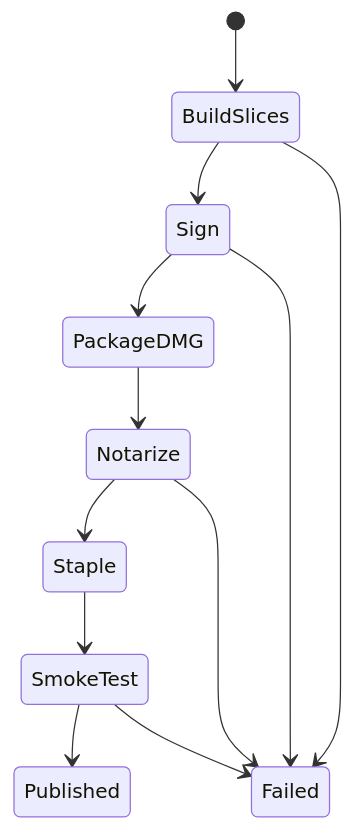
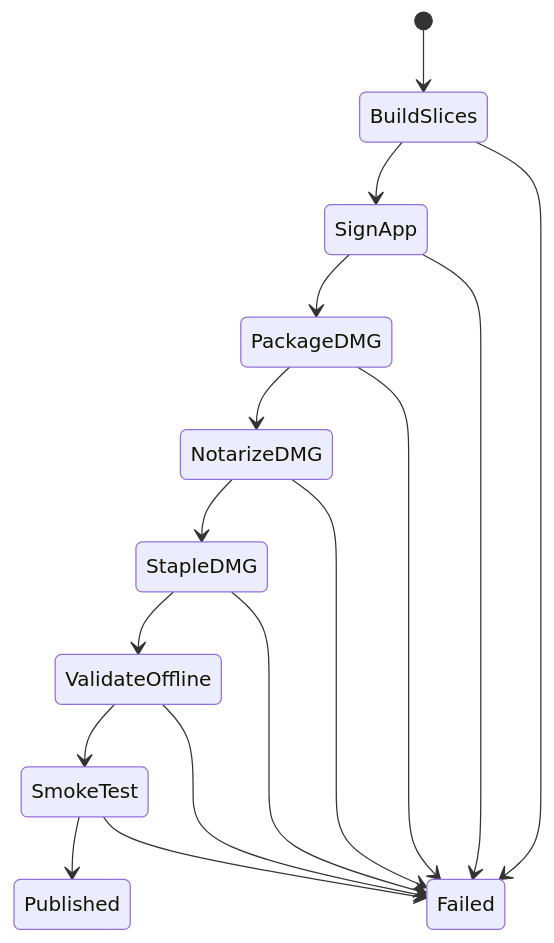
The diagram in specs/11-direct-distribution-and-release.md (gibbok/displayora), drawn with Mermaid before and after one commit. The commit also changed other lines of this file, not shown here.

````diff
--- a/specs/11-direct-distribution-and-release.md
+++ b/specs/11-direct-distribution-and-release.md
@@ -32,14 +32,18 @@
 ```mermaid
 stateDiagram-v2
     [*] --> BuildSlices
-    BuildSlices --> Sign
-    Sign --> PackageDMG
-    PackageDMG --> Notarize
-    Notarize --> Staple
-    Staple --> SmokeTest
+    BuildSlices --> SignApp
+    SignApp --> PackageDMG
+    PackageDMG --> NotarizeDMG
+    NotarizeDMG --> StapleDMG
+    StapleDMG --> ValidateOffline
+    ValidateOffline --> SmokeTest
     SmokeTest --> Published
     BuildSlices --> Failed
-    Sign --> Failed
-    Notarize --> Failed
+    SignApp --> Failed
+    PackageDMG --> Failed
+    NotarizeDMG --> Failed
+    StapleDMG --> Failed
+    ValidateOffline --> Failed
     SmokeTest --> Failed
 ```
````
